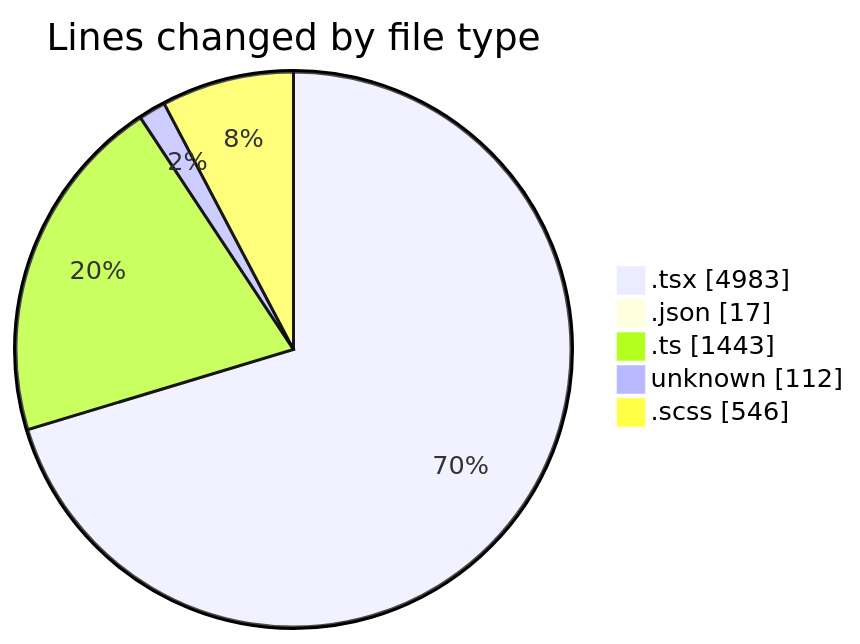
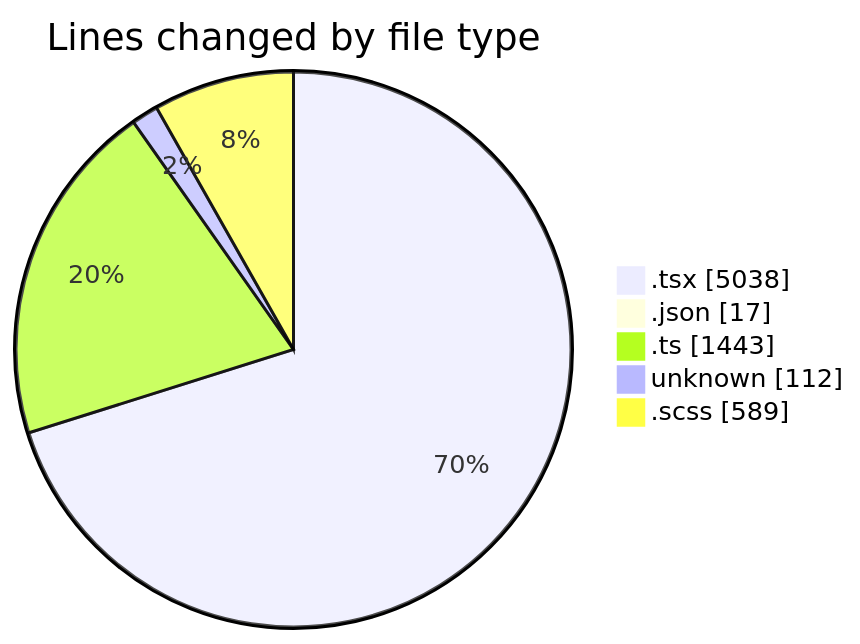
The first of 2 diagrams in 2026-04-30/cda/README.md (momahboobian/code-tracking), drawn with Mermaid before and after one commit. The commit also changed other lines of this file and 1 other file, not shown here.

````diff
--- a/2026-04-30/cda/README.md
+++ b/2026-04-30/cda/README.md
@@ -69,9 +69,9 @@
 ```mermaid
 pie showData
 title Lines changed by file type
-".tsx" : 4983
+".tsx" : 5038
 ".json" : 17
 ".ts" : 1443
 "unknown" : 112
-".scss" : 546
+".scss" : 589
 ```
````
